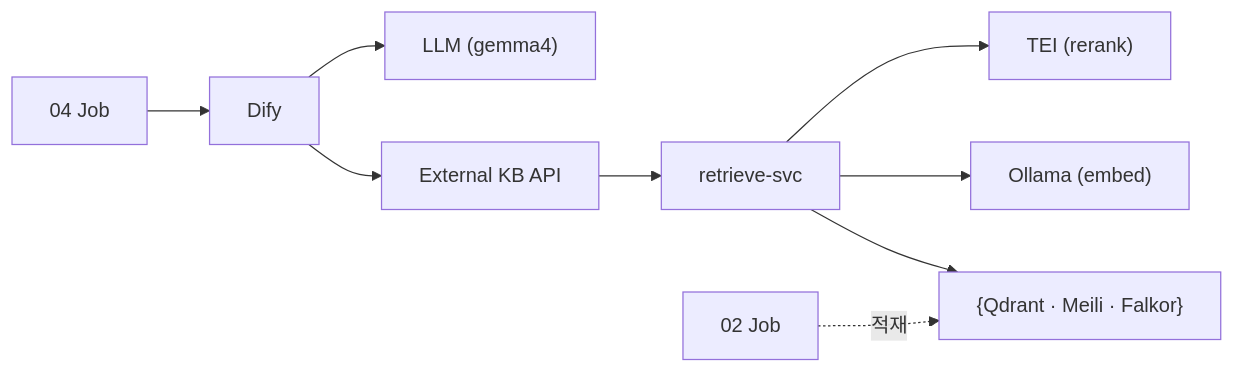
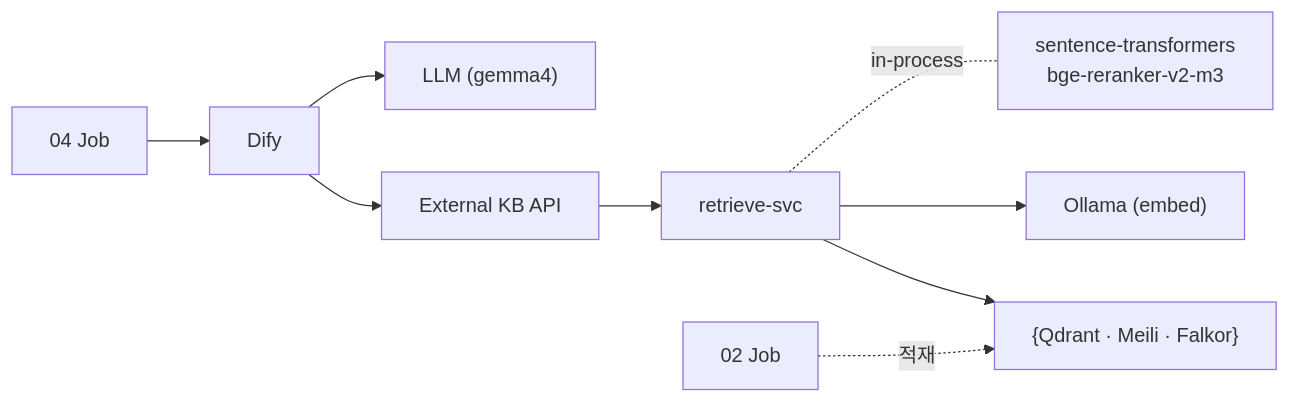
One commit to illegaluser/airgap-test-toolchain changed the seventh of 7 diagrams in code-AI-quality-allinone/docs/PLAN_CODE_RAG_AND_SPEC_TRACEABILITY.md. Above: the diagram before and after it, drawn with Mermaid. The commit also changed other lines of this file and 2 other files, not shown here.

````diff
--- a/code-AI-quality-allinone/docs/PLAN_CODE_RAG_AND_SPEC_TRACEABILITY.md
+++ b/code-AI-quality-allinone/docs/PLAN_CODE_RAG_AND_SPEC_TRACEABILITY.md
@@ -424,9 +427,9 @@
 ```mermaid
 flowchart LR
     Job04["04 Job"] --> Dify --> ExtKB["External KB API"] --> RSvc["retrieve-svc"]
     RSvc --> Stores["{Qdrant · Meili · Falkor}"]
     RSvc --> Ollama2["Ollama (embed)"]
-    RSvc --> TEI2["TEI (rerank)"]
+    RSvc -.in-process.- Rerank2["sentence-transformers<br/>bge-reranker-v2-m3"]
     Dify --> LLM2["LLM (gemma4)"]
     Job02["02 Job"] -.적재.-> Stores
 ```
````
